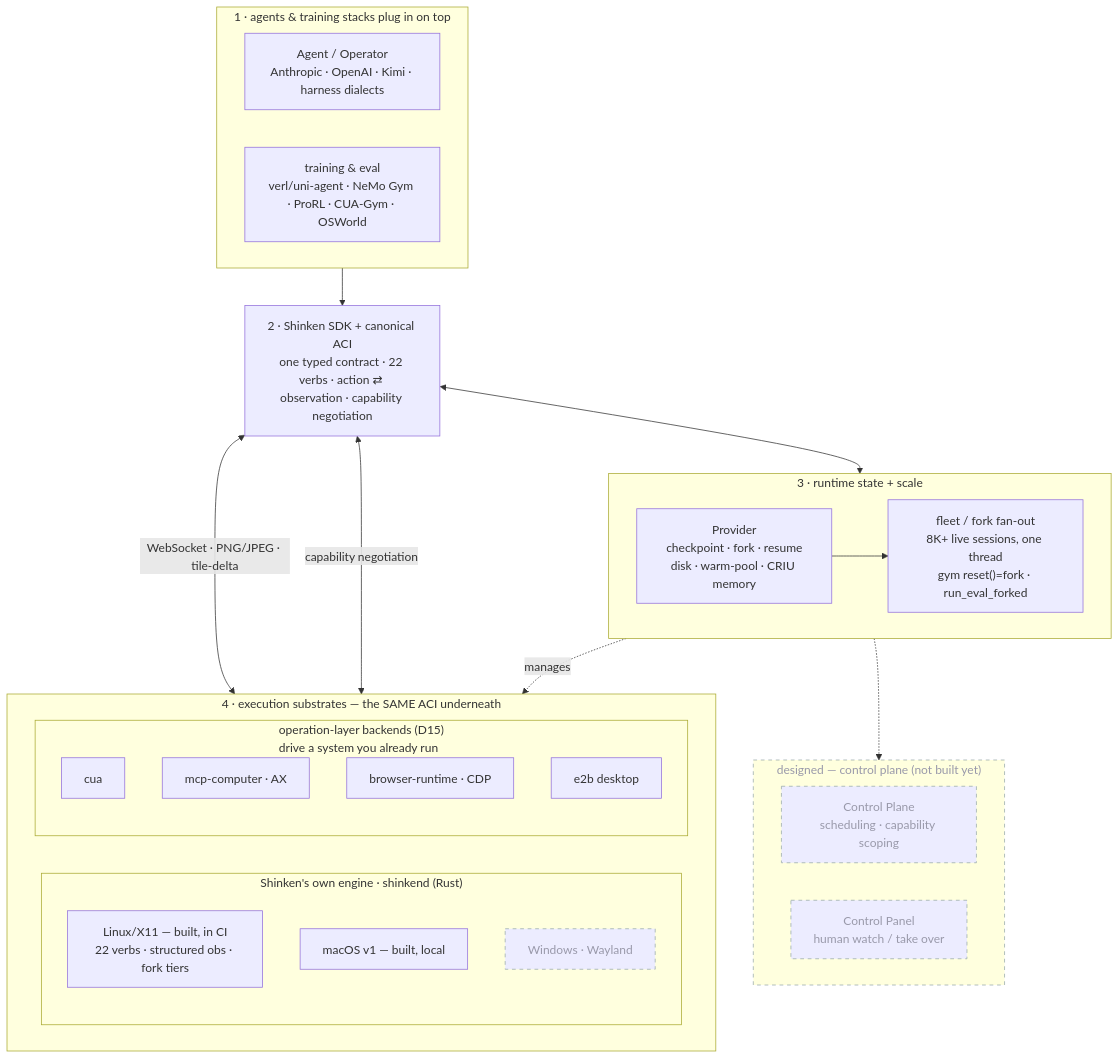
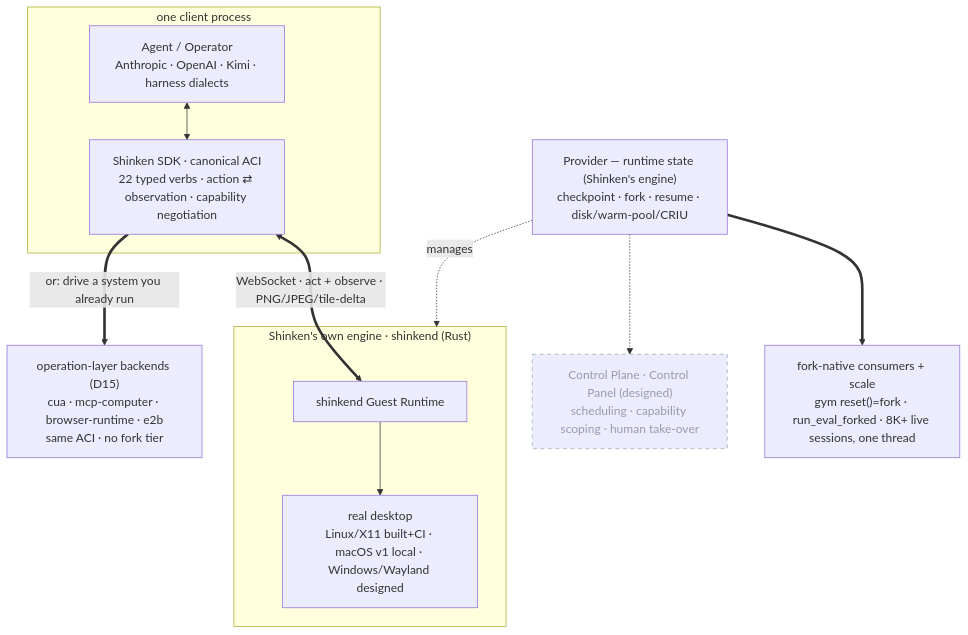
Before and after one commit to Meirtz/Shinken: the diagram in README.md, drawn with Mermaid. The commit also changed other lines of this file, not shown here.

Commit message:
docs(readme): simpler+correct architecture diagram; numbers table moved up + beautified
Architecture: replaced the dense 4-layer nested diagram with the clean core loop
(Agent ⇄ SDK ⇄ substrate). Fixes two inaccuracies — runtime-state/fork (Provider)
now attaches to Shinken's own engine only (backends are 'no fork tier'), and the
SDK drives ONE substrate ('or: drive a system you already run'), not all at once.
macOS/Windows status inline; scale + fork-native consumers + control plane kept.
~8 nodes vs 15; rendered and visually checked.

Numbers table: moved from the very end up to right after the pitch (before
Quickstart) as 'The numbers, at a glance', bold metric labels, tightened the
8K+/3,096 nuance to one compact clause.

````diff
--- a/README.md
+++ b/README.md
@@ -253,50 +267,26 @@
 ```mermaid
 flowchart TB
   classDef d stroke-dasharray:5 5,stroke:#9aa,color:#99a;
 
-  subgraph top["1 · agents &amp; training stacks plug in on top"]
-    direction LR
+  subgraph proc["one client process"]
     Agent["Agent / Operator<br/>Anthropic · OpenAI · Kimi · harness dialects"]
-    Train["training &amp; eval<br/>verl/uni-agent · NeMo Gym · ProRL · CUA-Gym · OSWorld"]
+    SDK["Shinken SDK · canonical ACI<br/>22 typed verbs · action ⇄ observation · capability negotiation"]
+    Agent <--> SDK
   end
 
-  SDK["2 · Shinken SDK + canonical ACI<br/>one typed contract · 22 verbs · action ⇄ observation · capability negotiation"]
+  SDK <==>|"WebSocket · act + observe · PNG/JPEG/tile-delta"| SK
+  SDK ==>|"or: drive a system you already run"| BK
 
-  subgraph mid["3 · runtime state + scale"]
-    direction LR
-    Provider["Provider<br/>checkpoint · fork · resume<br/>disk · warm-pool · CRIU memory"]
-    Fleet["fleet / fork fan-out<br/>8K+ live sessions, one thread<br/>gym reset()=fork · run_eval_forked"]
-    Provider --> Fleet
+  subgraph engine["Shinken's own engine · shinkend (Rust)"]
+    SK["shinkend Guest Runtime"] --> Desk["real desktop<br/>Linux/X11 built+CI · macOS v1 local · Windows/Wayland designed"]
   end
 
-  subgraph subs["4 · execution substrates — the SAME ACI underneath"]
-    direction LR
-    subgraph own["Shinken's own engine · shinkend (Rust)"]
-      direction TB
-      Lin["Linux/X11 — built, in CI<br/>22 verbs · structured obs · fork tiers"]
-      Mac["macOS v1 — built, local"]
-      Win["Windows · Wayland"]:::d
-    end
-    subgraph bk["operation-layer backends (D15)<br/>drive a system you already run"]
-      direction TB
-      Cua["cua"]
-      Mcp["mcp-computer · AX"]
-      Bu["browser-runtime · CDP"]
-      E2b["e2b desktop"]
-    end
-  end
+  BK["operation-layer backends (D15)<br/>cua · mcp-computer · browser-runtime · e2b<br/>same ACI · no fork tier"]
 
-  top --> SDK
-  SDK <--> Provider
-  SDK <-->|"WebSocket · PNG/JPEG · tile-delta"| own
-  SDK <-->|"capability negotiation"| bk
-  Provider -.manages.-> own
+  Prov["Provider — runtime state (Shinken's engine)<br/>checkpoint · fork · resume · disk/warm-pool/CRIU"]
+  Prov -.manages.-> engine
+  Prov ==> Fleet["fork-native consumers + scale<br/>gym reset()=fork · run_eval_forked · 8K+ live sessions, one thread"]
 
-  subgraph cp["designed — control plane (not built yet)"]
-    direction LR
-    CP["Control Plane<br/>scheduling · capability scoping"]
-    Panel["Control Panel<br/>human watch / take over"]
-  end
-  class cp,CP,Panel d
-  Provider -.-> CP
+  CP["Control Plane · Control Panel (designed)<br/>scheduling · capability scoping · human take-over"]:::d
+  Prov -.-> CP
 ```
````
